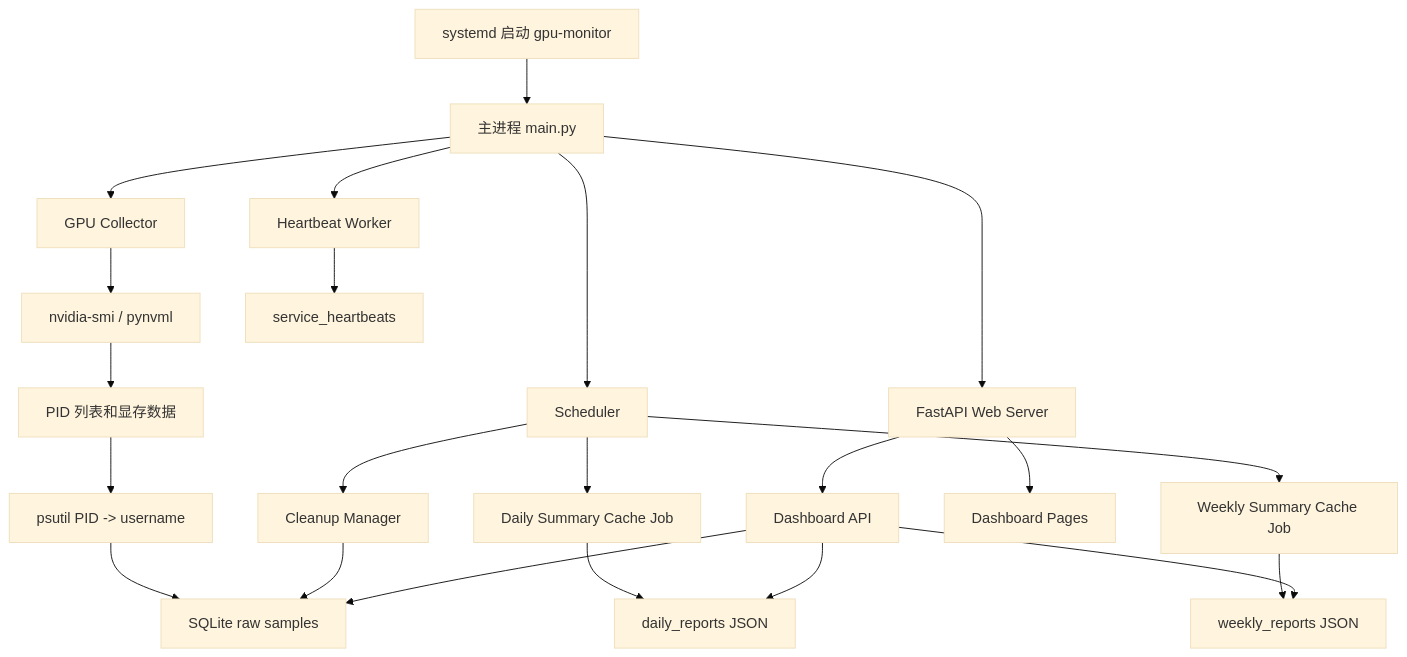
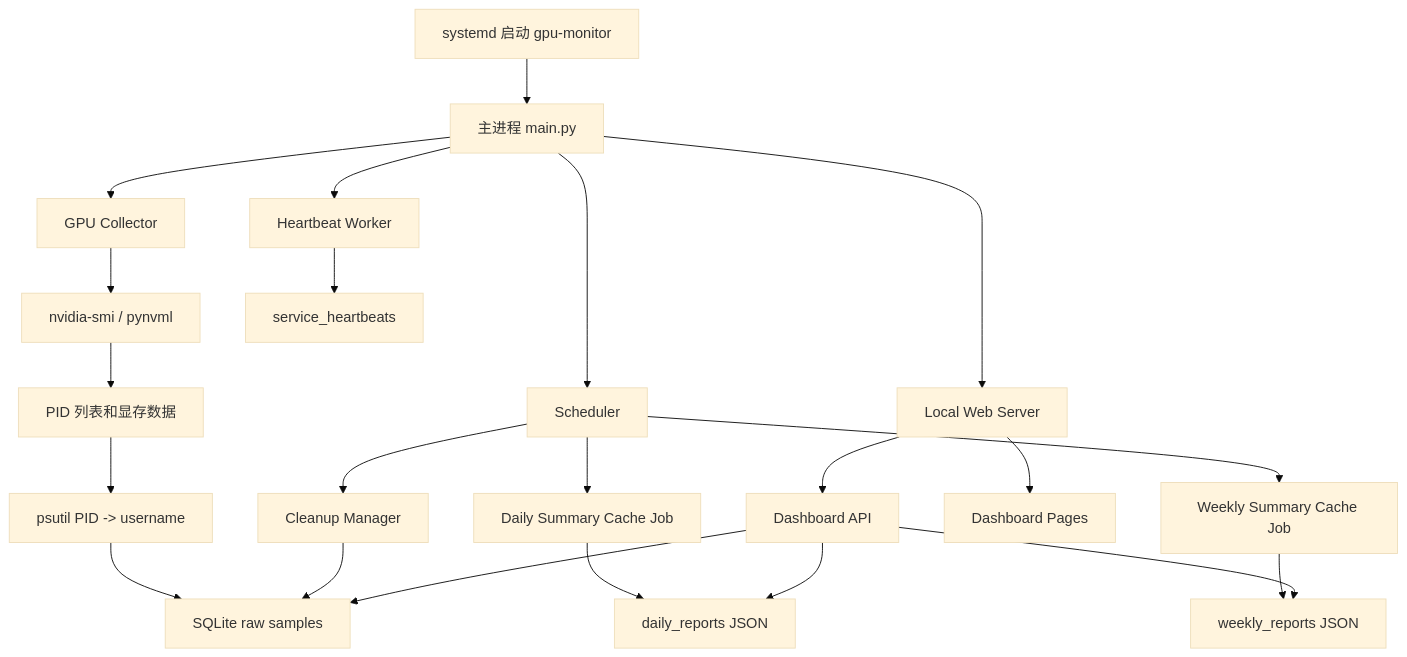
Before and after one commit to name555difficult/gpu_dog: the first of 3 diagrams in gpu_monitor_project_plan.md, drawn with Mermaid (base theme). The commit also changed other lines of this file and 27 other files, not shown here.

````diff
--- a/gpu_monitor_project_plan.md
+++ b/gpu_monitor_project_plan.md
@@ -359,29 +358,29 @@
 ```mermaid
 flowchart TD
     A[systemd 启动 gpu-monitor] --> B[主进程 main.py]
 
     B --> C[GPU Collector]
     C --> D[nvidia-smi / pynvml]
     D --> E[PID 列表和显存数据]
     E --> F[psutil PID -> username]
     F --> G[SQLite raw samples]
 
     B --> H[Heartbeat Worker]
     H --> I[service_heartbeats]
 
     B --> J[Scheduler]
     J --> K[Daily Summary Cache Job]
     J --> L[Weekly Summary Cache Job]
     J --> M[Cleanup Manager]
 
     K --> N[daily_reports JSON]
     L --> O[weekly_reports JSON]
     M --> G
 
-    B --> P[FastAPI Web Server]
+    B --> P[Local Web Server]
     P --> Q[Dashboard Pages]
     P --> R[Dashboard API]
     R --> G
     R --> N
     R --> O
 ```
````
